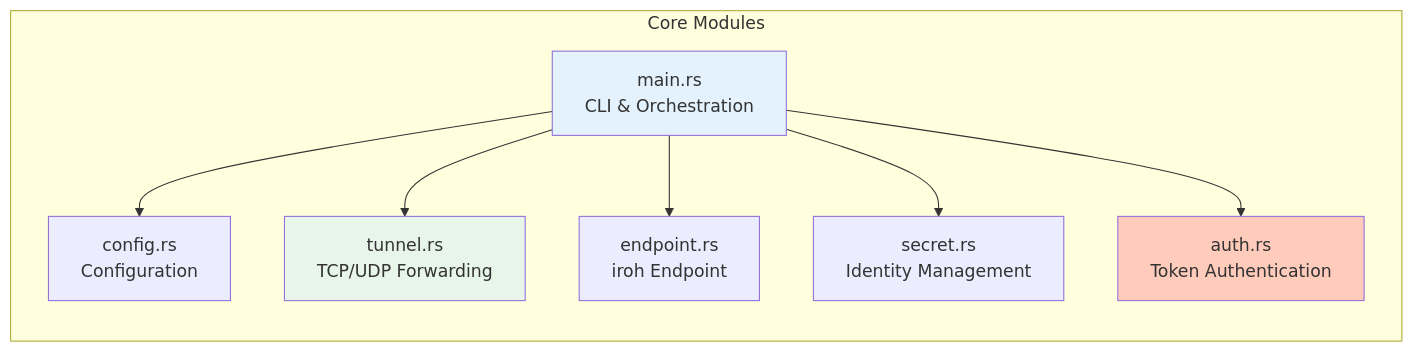
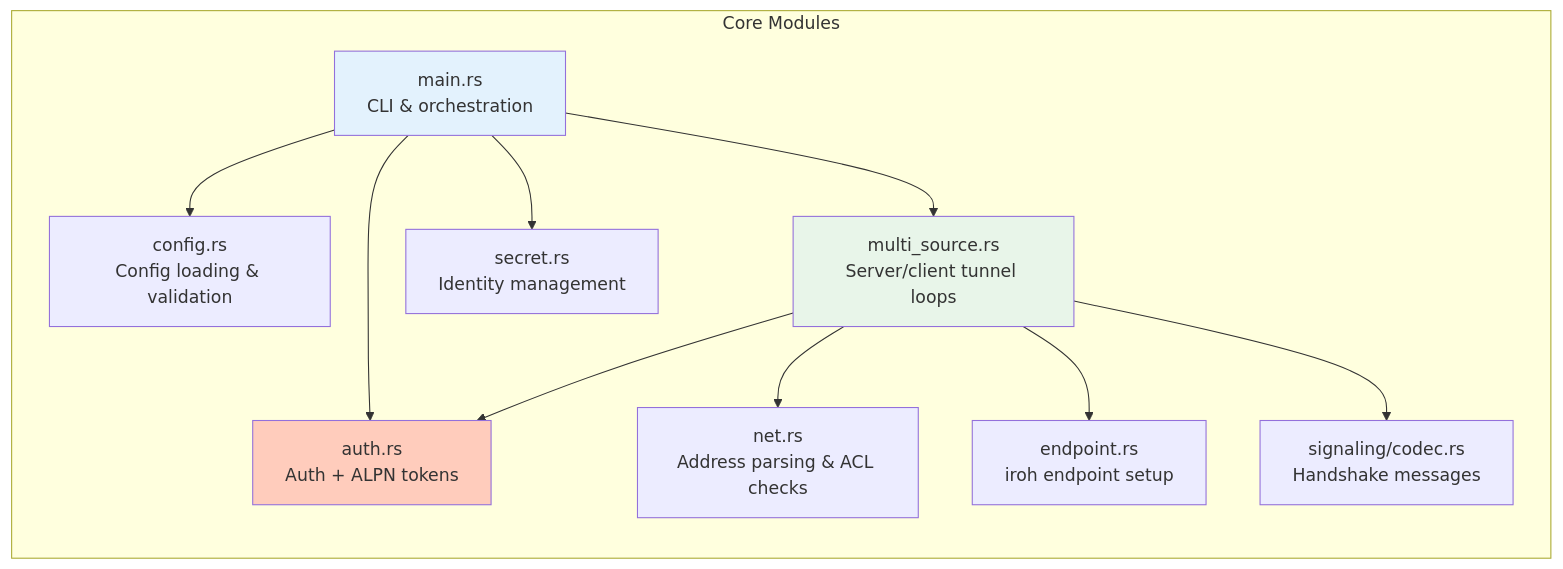
Before and after one commit to andrewtheguy/tunnel-rs: the second of 22 diagrams in docs/ARCHITECTURE.md, drawn with Mermaid. The commit also changed other lines of this file and 2 other files, not shown here.

Commit message:
docs: update README and architecture documentation for clarity on environment variables and config encryption

````diff
--- a/docs/ARCHITECTURE.md
+++ b/docs/ARCHITECTURE.md
@@ -53,21 +53,26 @@
 ```mermaid
 graph LR
     subgraph "Core Modules"
-        A[main.rs<br/>CLI & Orchestration]
-        B[config.rs<br/>Configuration]
-        C[tunnel.rs<br/>TCP/UDP Forwarding]
-        D[endpoint.rs<br/>iroh Endpoint]
-        E[secret.rs<br/>Identity Management]
-        E2[auth.rs<br/>Token Authentication]
+        A[main.rs<br/>CLI & orchestration]
+        B[config.rs<br/>Config loading & validation]
+        C[multi_source.rs<br/>Server/client tunnel loops]
+        C2[net.rs<br/>Address parsing & ACL checks]
+        D[endpoint.rs<br/>iroh endpoint setup]
+        E[secret.rs<br/>Identity management]
+        E2[auth.rs<br/>Auth + ALPN tokens]
+        F[signaling/codec.rs<br/>Handshake messages]
     end
 
     A --> B
     A --> C
-    A --> D
     A --> E
     A --> E2
+    C --> C2
+    C --> D
+    C --> E2
+    C --> F
 
     style A fill:#E3F2FD
     style C fill:#E8F5E9
     style E2 fill:#FFCCBC
 ```
````
